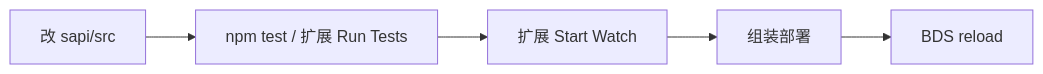
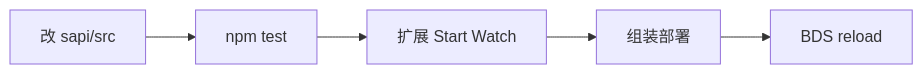
The diagram in docs/dev/module-author.md (DogeLakeDev/ScriptsForMinecraftServer), drawn with Mermaid before and after one commit. The commit also changed other lines of this file and 67 other files, not shown here.

First line of the commit message:
feat: remove unused graph and source map modules

````diff
--- a/docs/dev/module-author.md
+++ b/docs/dev/module-author.md
@@ -45,7 +45,7 @@
 ```mermaid
 flowchart LR
-  A[改 sapi/src] --> B[npm test / 扩展 Run Tests]
+  A[改 sapi/src] --> B[npm test]
   B --> C[扩展 Start Watch]
   C --> D[组装部署]
   D --> E[BDS reload]
 ```
````
